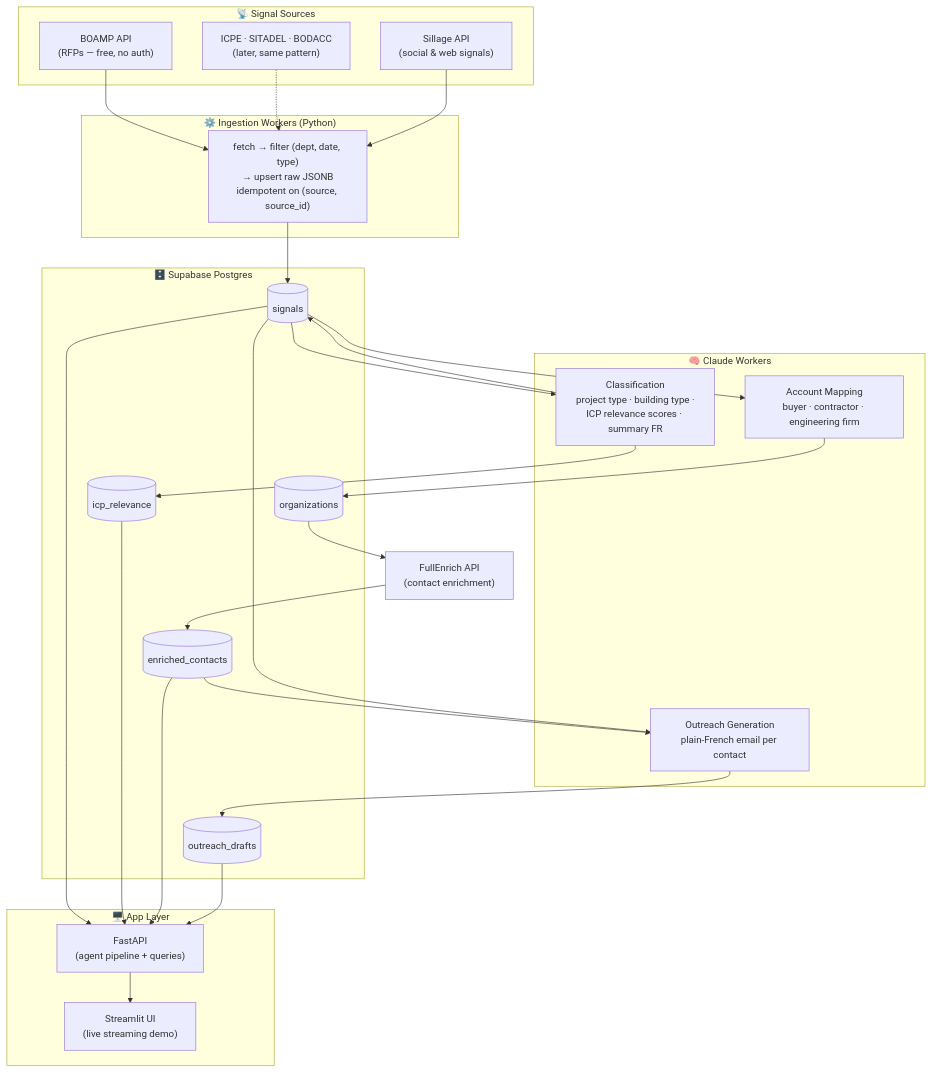
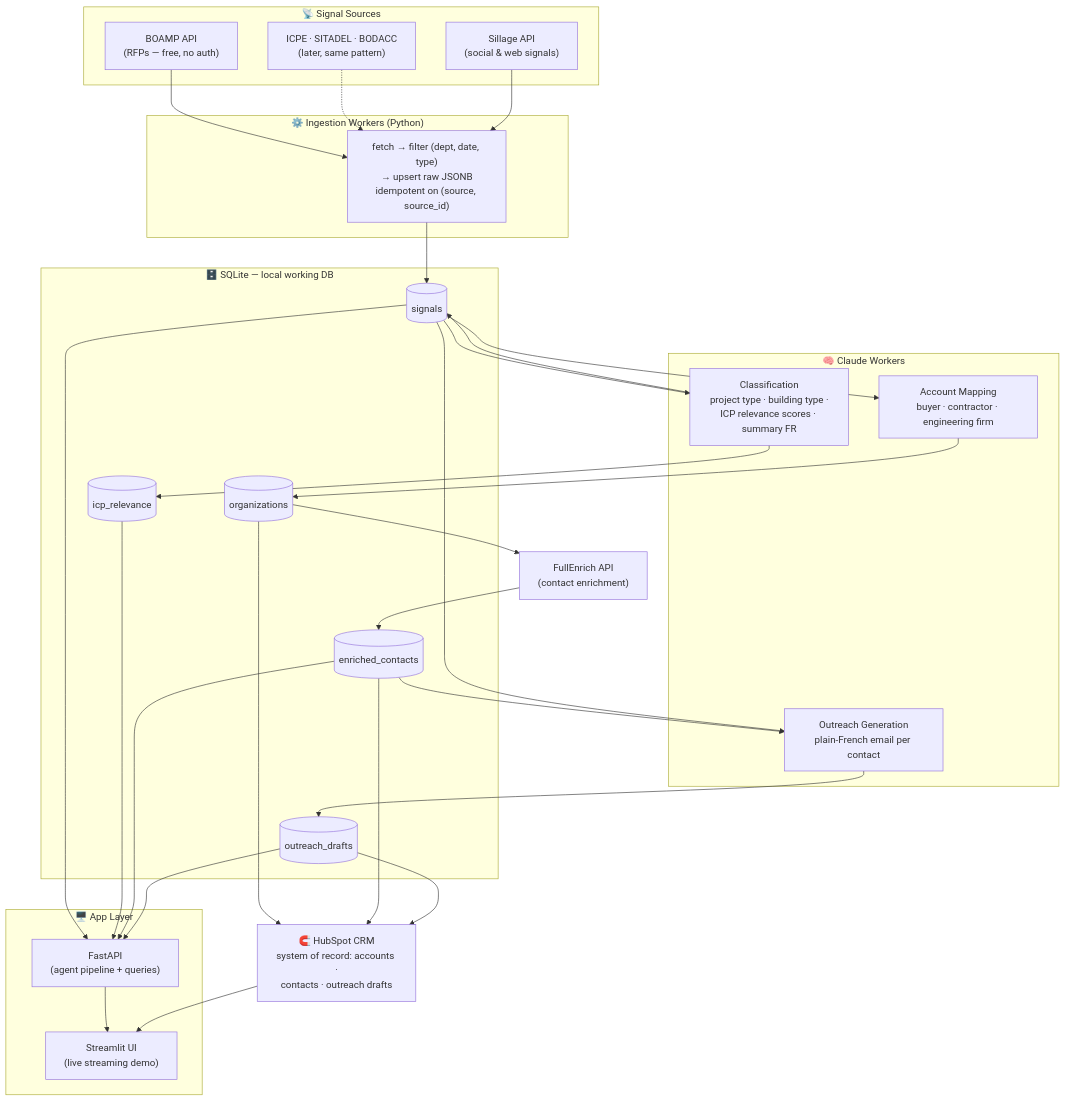
One commit to ridershow/agentic-gtm-hackathon changed the first of 2 diagrams in docs/architecture.md. Above: the diagram before and after it, drawn with Mermaid. The commit also changed other lines of this file and 3 other files, not shown here.

First line of the commit message:
docs: HubSpot is the GTM data store, drop Supabase

````diff
--- a/docs/architecture.md
+++ b/docs/architecture.md
@@ -7,53 +7,59 @@
 ```mermaid
 flowchart TB
     subgraph sources["📡 Signal Sources"]
         BOAMP["BOAMP API<br/>(RFPs — free, no auth)"]
         LATER["ICPE · SITADEL · BODACC<br/>(later, same pattern)"]
         SILLAGE["Sillage API<br/>(social & web signals)"]
     end
 
     subgraph ingestion["⚙️ Ingestion Workers (Python)"]
         INGEST["fetch → filter (dept, date, type)<br/>→ upsert raw JSONB<br/>idempotent on (source, source_id)"]
     end
 
     subgraph ai["🧠 Claude Workers"]
         CLASSIFY["Classification<br/>project type · building type ·<br/>ICP relevance scores · summary FR"]
         MAP["Account Mapping<br/>buyer · contractor · engineering firm"]
         WRITE["Outreach Generation<br/>plain-French email per contact"]
     end
 
-    subgraph db["🗄️ Supabase Postgres"]
+    subgraph db["🗄️ SQLite — local working DB"]
         SIGNALS[("signals")]
         ORGS[("organizations")]
         ICP[("icp_relevance")]
         CONTACTS[("enriched_contacts")]
         DRAFTS[("outreach_drafts")]
     end
 
     FULLENRICH["FullEnrich API<br/>(contact enrichment)"]
+
+    HUBSPOT["🧲 HubSpot CRM<br/>system of record: accounts ·<br/>contacts · outreach drafts"]
 
     subgraph app["🖥️ App Layer"]
         API["FastAPI<br/>(agent pipeline + queries)"]
         UI["Streamlit UI<br/>(live streaming demo)"]
     end
 
     BOAMP --> INGEST
     LATER -.-> INGEST
     SILLAGE --> INGEST
     INGEST --> SIGNALS
     SIGNALS --> CLASSIFY
     CLASSIFY --> ICP
     CLASSIFY --> SIGNALS
     SIGNALS --> MAP
     MAP --> ORGS
     ORGS --> FULLENRICH
     FULLENRICH --> CONTACTS
     CONTACTS --> WRITE
     SIGNALS --> WRITE
     WRITE --> DRAFTS
+    ORGS --> HUBSPOT
+    CONTACTS --> HUBSPOT
+    DRAFTS --> HUBSPOT
     SIGNALS --> API
     ICP --> API
     CONTACTS --> API
     DRAFTS --> API
     API --> UI
+    HUBSPOT --> UI
 ```
````
